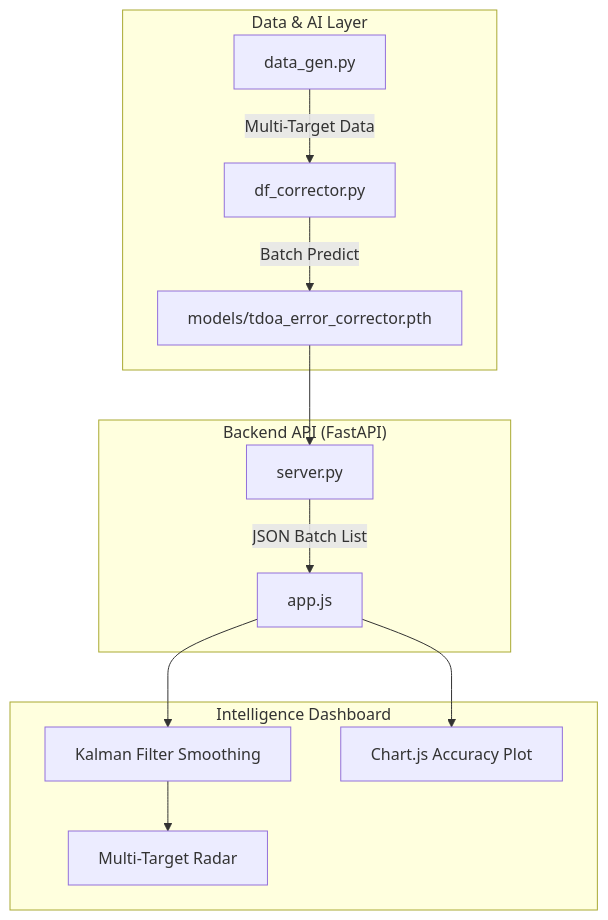
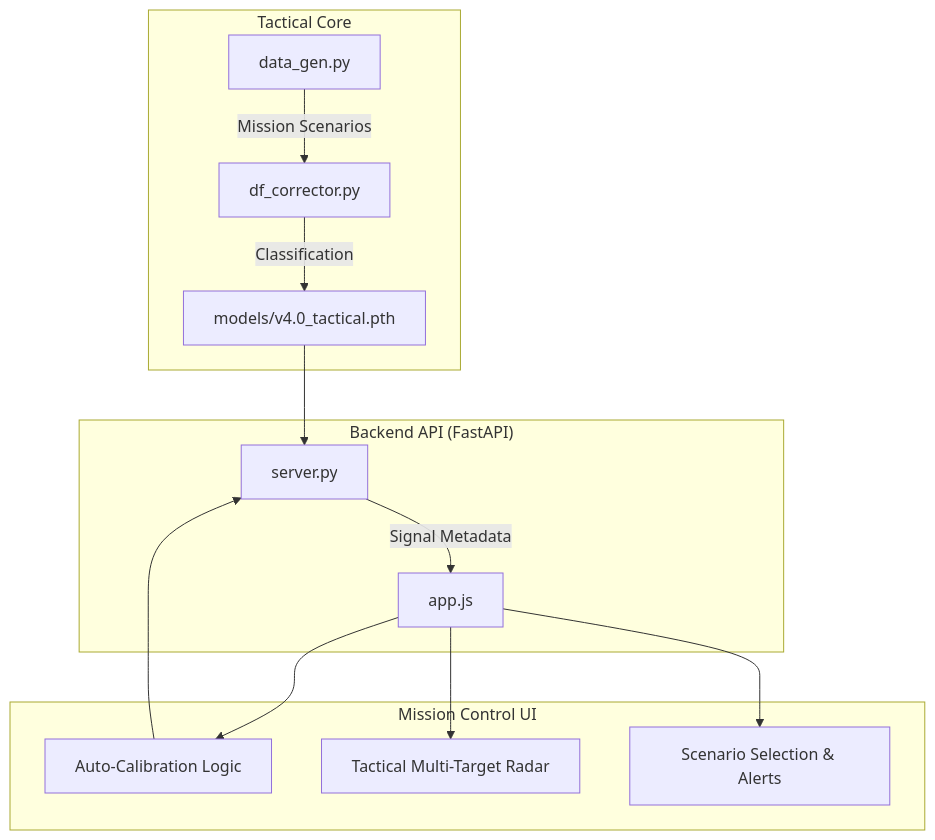
One commit to arch-yunus/ai-direction-finder-corrector changed the diagram in README.md. Above: the diagram before and after it, drawn with Mermaid. The commit also changed other lines of this file, not shown here.

Commit message:
Update README.md to v4.0: Tactical Mission Control

````diff
--- a/README.md
+++ b/README.md
@@ -36,18 +38,19 @@
 ```mermaid
 graph TD
-    subgraph "Data & AI Layer"
-        DG[data_gen.py] -->|Multi-Target Data| DFC[df_corrector.py]
-        DFC -->|Batch Predict| MDL[models/tdoa_error_corrector.pth]
+    subgraph "Tactical Core"
+        DG[data_gen.py] -->|Mission Scenarios| DFC[df_corrector.py]
+        DFC -->|Classification| MDL[models/v4.0_tactical.pth]
     end
     
     subgraph "Backend API (FastAPI)"
         MDL --> SRV[server.py]
-        SRV -->|JSON Batch List| JS[app.js]
+        SRV -->|Signal Metadata| JS[app.js]
     end
     
-    subgraph "Intelligence Dashboard"
-        JS --> KF[Kalman Filter Smoothing]
-        KF --> RDR[Multi-Target Radar]
-        JS --> CHRT[Chart.js Accuracy Plot]
+    subgraph "Mission Control UI"
+        JS --> AC[Auto-Calibration Logic]
+        AC --> SRV
+        JS --> RDR[Tactical Multi-Target Radar]
+        JS --> UI[Scenario Selection & Alerts]
     end
 ```
````
